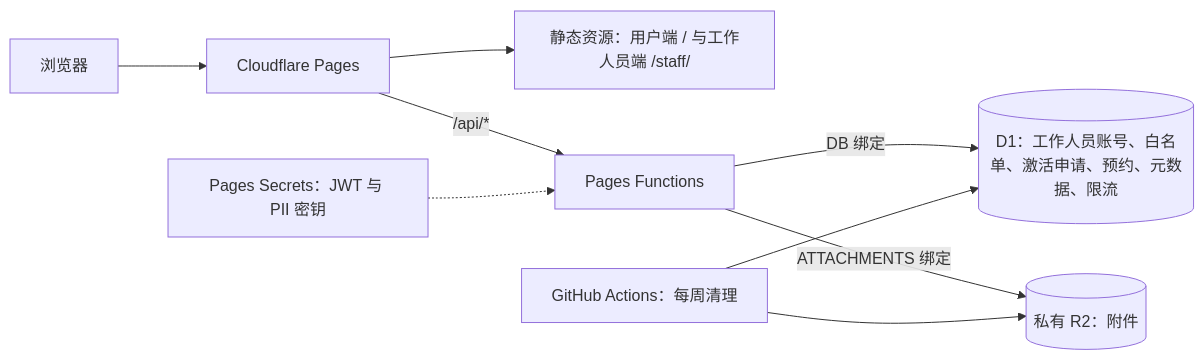
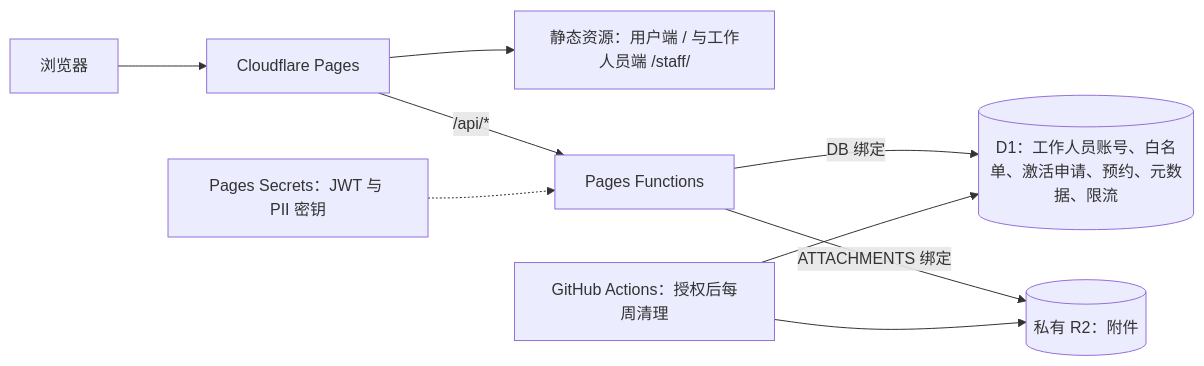
The diagram in README.md (NEUP-Net-Depart/Pioneer-appointment-system), drawn with Mermaid before and after one commit. The commit also changed other lines of this file and 14 other files, not shown here.

````diff
--- a/README.md
+++ b/README.md
@@ -17,11 +17,11 @@
 ```mermaid
 flowchart LR
   Browser[浏览器] --> Pages[Cloudflare Pages]
   Pages --> Static[静态资源：用户端 / 与工作人员端 /staff/]
   Pages -->|/api/*| Functions[Pages Functions]
   Functions -->|DB 绑定| D1[(D1：工作人员账号、白名单、激活申请、预约、元数据、限流)]
   Functions -->|ATTACHMENTS 绑定| R2[(私有 R2：附件)]
   Secrets[Pages Secrets：JWT 与 PII 密钥] -.-> Functions
-  Actions[GitHub Actions：每周清理] --> D1
+  Actions[GitHub Actions：授权后每周清理] --> D1
   Actions --> R2
 ```
````
